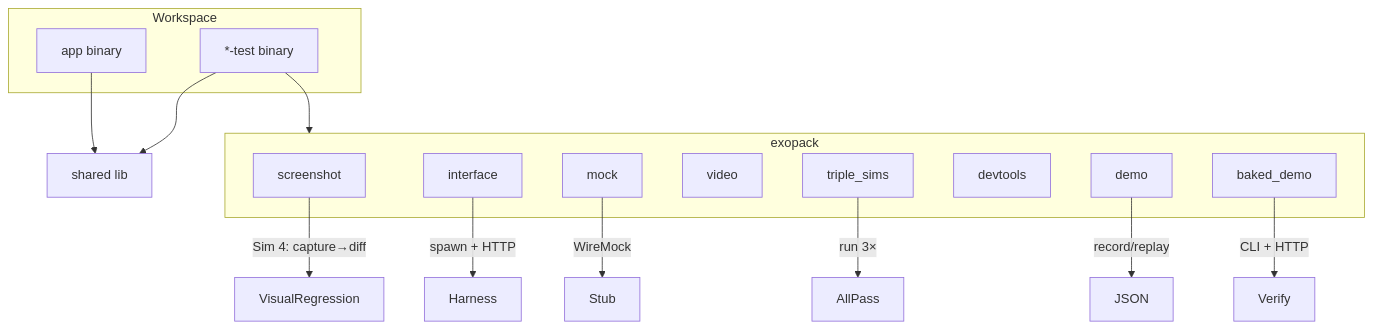
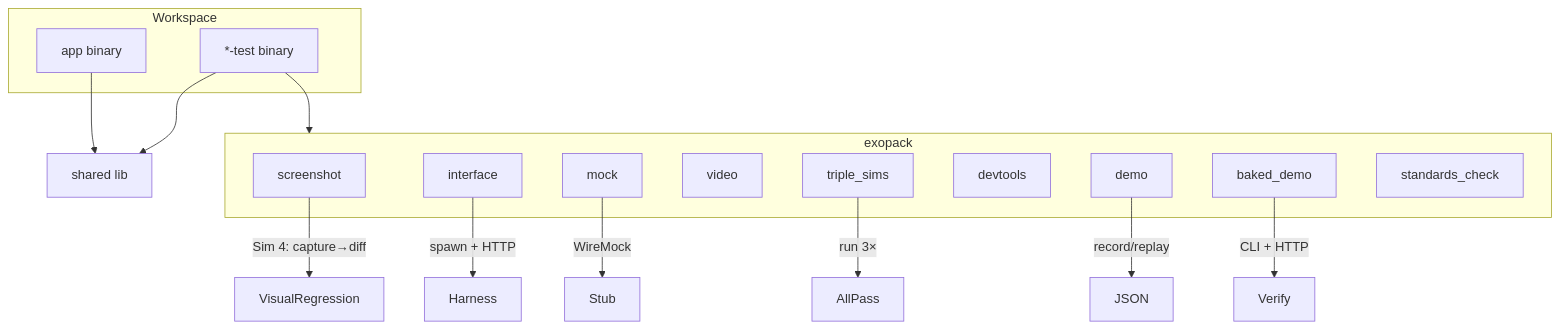
Before and after one commit to cochranblock/exopack: the diagram in README.md, drawn with Mermaid. The commit also changed other lines of this file and 2 other files, not shown here.

First line of the commit message:
docs: standards checker + P23 triple lens reference

````diff
--- a/README.md
+++ b/README.md
@@ -21,29 +21,30 @@
 ```mermaid
 flowchart TB
     subgraph Workspace
         App[app binary]
         Test["*-test binary"]
     end
 
     subgraph exopack
         Screenshot[screenshot]
         Interface[interface]
         Mock[mock]
         Video[video]
         Triple[triple_sims]
         Devtools[devtools]
         Demo[demo]
         BakedDemo[baked_demo]
+        Standards[standards_check]
     end
 
     App --> Core[shared lib]
     Test --> Core
     Test --> exopack
 
     Screenshot --> |Sim 4: capture→diff| VisualRegression
     Interface --> |spawn + HTTP| Harness
     Mock --> |WireMock| Stub
     Triple --> |run 3×| AllPass
     Demo --> |record/replay| JSON
     BakedDemo --> |CLI + HTTP| Verify
 ```
````
